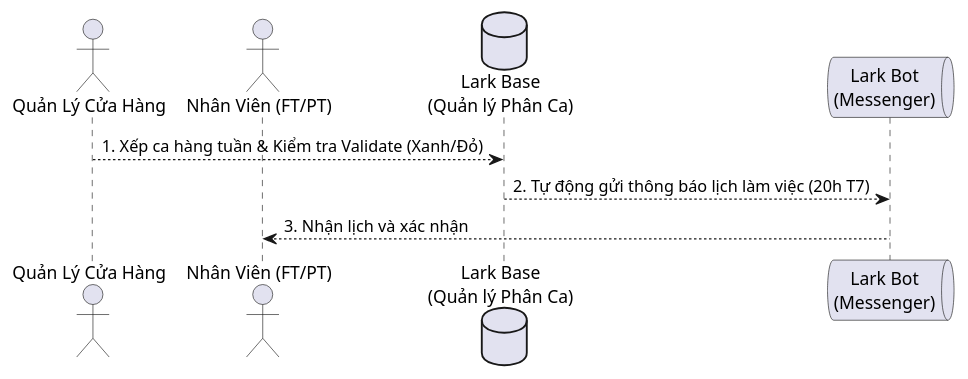
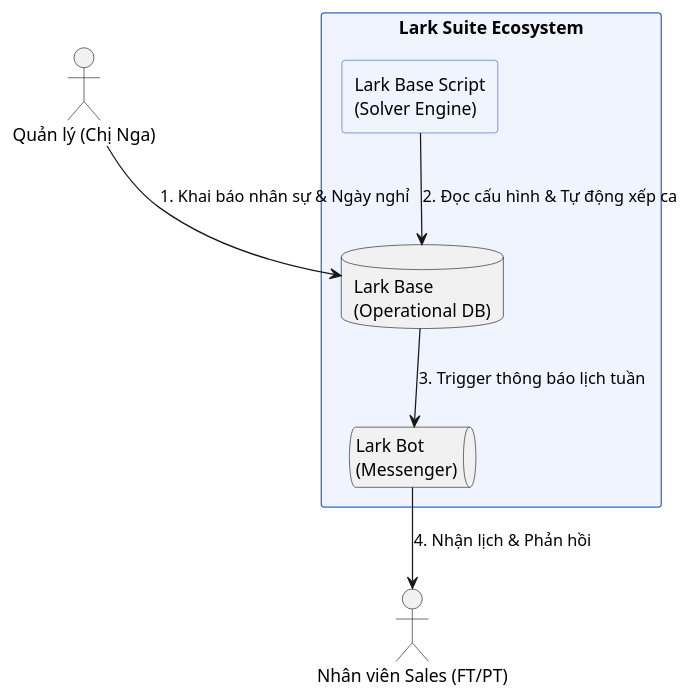
The first of 4 diagrams in 05_Clients/_NgaFashion/04_UML_Design.md (stevenguyen090/Knowledge-Lark-Consult), drawn with PlantUML before and after one commit. The commit also changed other lines of this file and 1 other file, not shown here.

````diff
--- a/05_Clients/_NgaFashion/04_UML_Design.md
+++ b/05_Clients/_NgaFashion/04_UML_Design.md
@@ -18,17 +20,21 @@
 ```plantuml
 @startuml
 skinparam rectangle {
   BackgroundColor #F0F4FF
   BorderColor #3366CC
 }
-actor "Quản Lý Cửa Hàng" as Manager
-actor "Nhân Viên (FT/PT)" as Staff
+actor "Quản lý (Chị Nga)" as Manager
+actor "Nhân viên Sales (FT/PT)" as Staff
 
-database "Lark Base\n(Quản lý Phân Ca)" as Base
-queue "Lark Bot\n(Messenger)" as Bot
+rectangle "Lark Suite Ecosystem" {
+  database "Lark Base\n(Operational DB)" as Base
+  rectangle "Lark Base Script\n(Solver Engine)" as Script
+  queue "Lark Bot\n(Messenger)" as Bot
+}
 
-Manager --> Base : 1. Xếp ca hàng tuần & Kiểm tra Validate (Xanh/Đỏ)
-Base --> Bot : 2. Tự động gửi thông báo lịch làm việc (20h T7)
-Bot --> Staff : 3. Nhận lịch và xác nhận
+Manager --> Base : 1. Khai báo nhân sự & Ngày nghỉ
+Script --> Base : 2. Đọc cấu hình & Tự động xếp ca
+Base --> Bot : 3. Trigger thông báo lịch tuần
+Bot --> Staff : 4. Nhận lịch & Phản hồi
 @enduml
 ```
````
